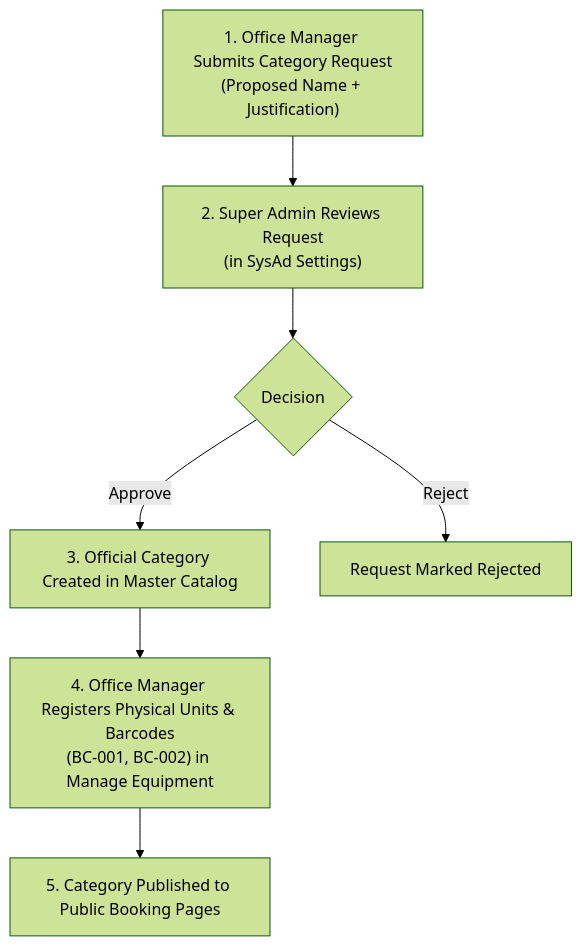
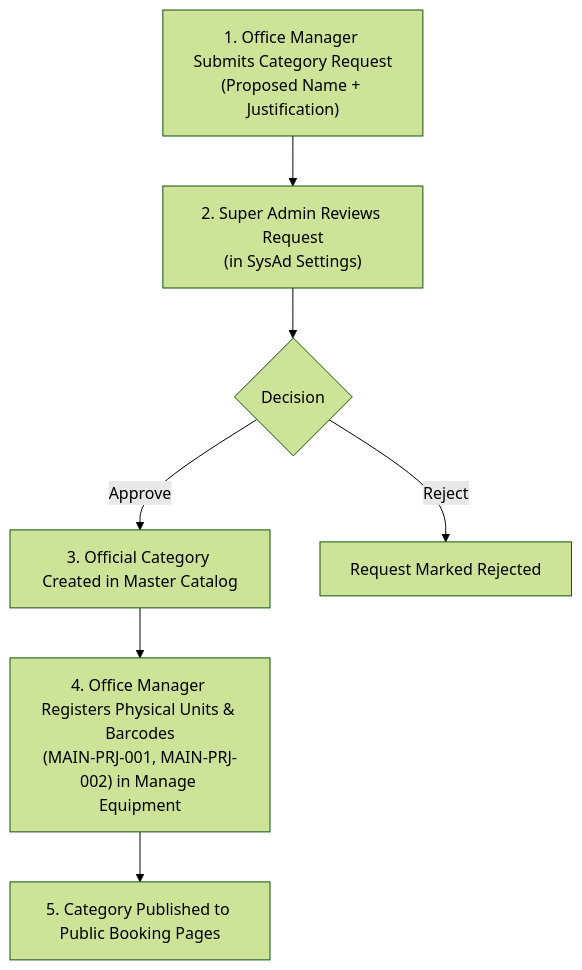
One commit to angiepetilo/fsuu-project changed the first of 3 diagrams in SYSTEM_DOCUMENTATION.md. Above: the diagram before and after it, drawn with Mermaid (forest theme). The commit also changed other lines of this file and 40 other files, not shown here.

````diff
--- a/SYSTEM_DOCUMENTATION.md
+++ b/SYSTEM_DOCUMENTATION.md
@@ -73,9 +108,9 @@
 ```mermaid
 graph TD
     A["1. Office Manager Submits Category Request<br>(Proposed Name + Justification)"] --> B["2. Super Admin Reviews Request<br>(in SysAd Settings)"]
     B --> C{"Decision"}
     C -- "Approve" --> D["3. Official Category Created in Master Catalog"]
-    D --> E["4. Office Manager Registers Physical Units & Barcodes<br>(BC-001, BC-002) in Manage Equipment"]
+    D --> E["4. Office Manager Registers Physical Units & Barcodes<br>(MAIN-PRJ-001, MAIN-PRJ-002) in Manage Equipment"]
     E --> F["5. Category Published to Public Booking Pages"]
     C -- "Reject" --> G["Request Marked Rejected"]
 ```
````
